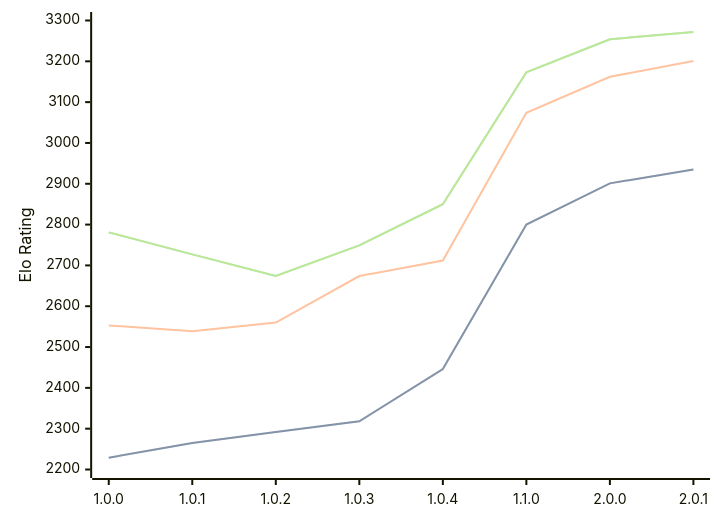
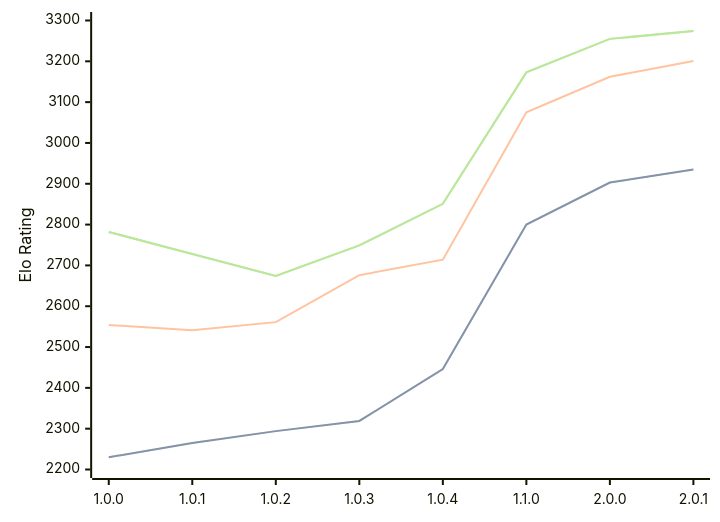
The diagram in engines/Grail.md (computer-chess-index/cci), drawn with Mermaid before and after one commit. The commit also changed other lines of this file, not shown here.

Commit message:
Update CCI Ratings (ELO VLTC) - 2026-08-21

````diff
--- a/engines/Grail.md
+++ b/engines/Grail.md
@@ -38,11 +38,11 @@
 ```mermaid
 %%{init: {"theme":"base","themeVariables":{"seriesColors:['#a3a3a3','#222221','#faa371']}}}%%
 xychart-beta
   x-axis ["1.0.0", "1.0.1", "1.0.2", "1.0.3", "1.0.4", "1.1.0", "2.0.0", "2.0.1"]
   y-axis "Elo Rating" 2200 --> 3300
-  line "STC (8.0+0.08s)" [2229, 2265, 2292, 2318, 2446, 2800, 2901, 2935]
-  line "STC (8.0+0.08s)" [2229, 2265, 2292, 2318, 2446, 2800, 2901, 2935]
-  line "LTC (60.0+0.60s)" [2553, 2539, 2560, 2674, 2712, 3074, 3162, 3201]
-  line "VLTC (2m24s+1.12s)" [2781, 2727, 2674, 2749, 2850, 3173, 3254, 3272]
-  line "VLTC (2m24s+1.12s)" [2781, 2727, 2674, 2749, 2850, 3173, 3254, 3272]
+  line "STC (8.0+0.08s)" [2230, 2265, 2294, 2319, 2446, 2800, 2903, 2935]
+  line "STC (8.0+0.08s)" [2230, 2265, 2294, 2319, 2446, 2800, 2903, 2935]
+  line "LTC (60.0+0.60s)" [2554, 2541, 2561, 2676, 2714, 3075, 3162, 3201]
+  line "VLTC (2m24s+1.12s)" [2782, 2728, 2674, 2749, 2851, 3173, 3255, 3274]
+  line "VLTC (2m24s+1.12s)" [2782, 2728, 2674, 2749, 2851, 3173, 3255, 3274]
 ```
````
